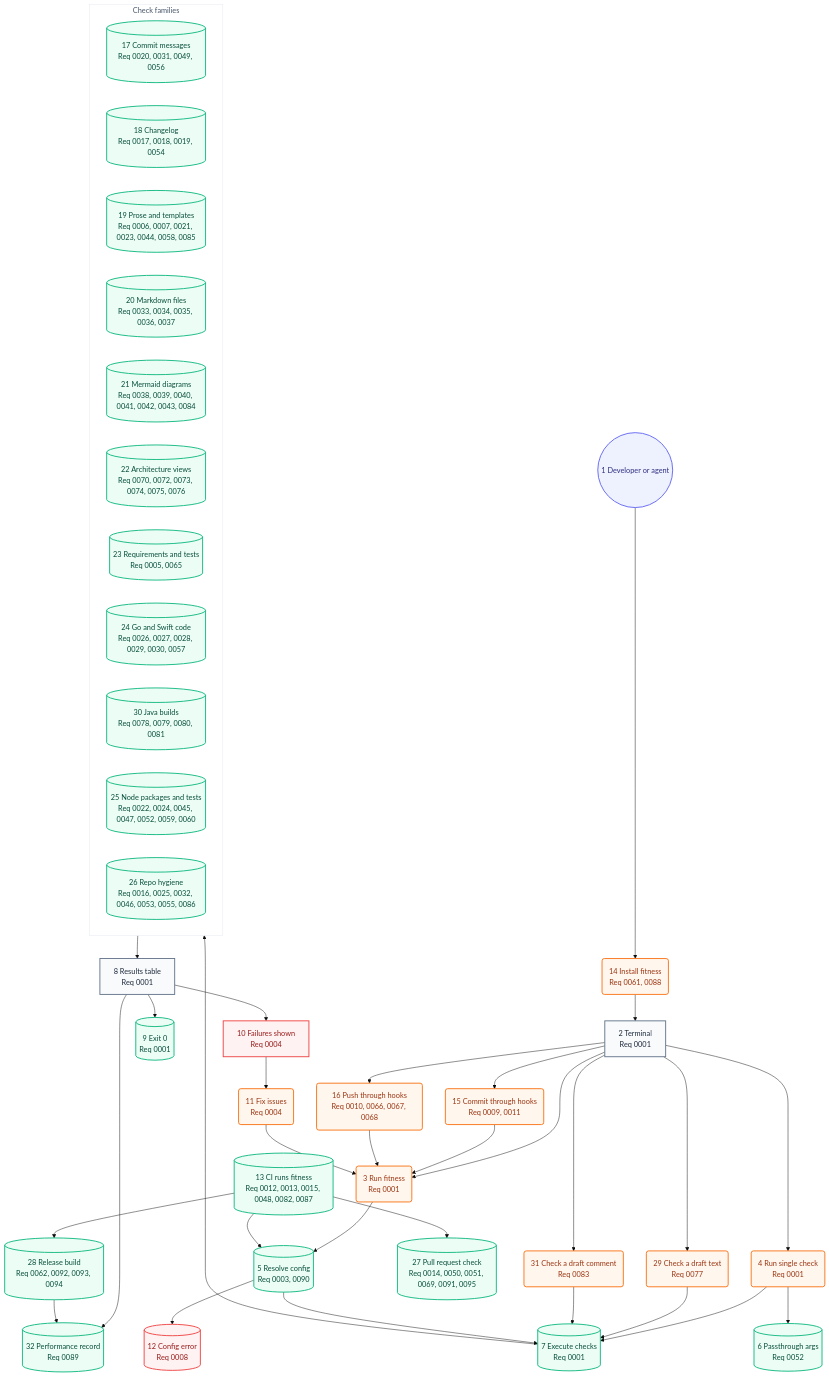
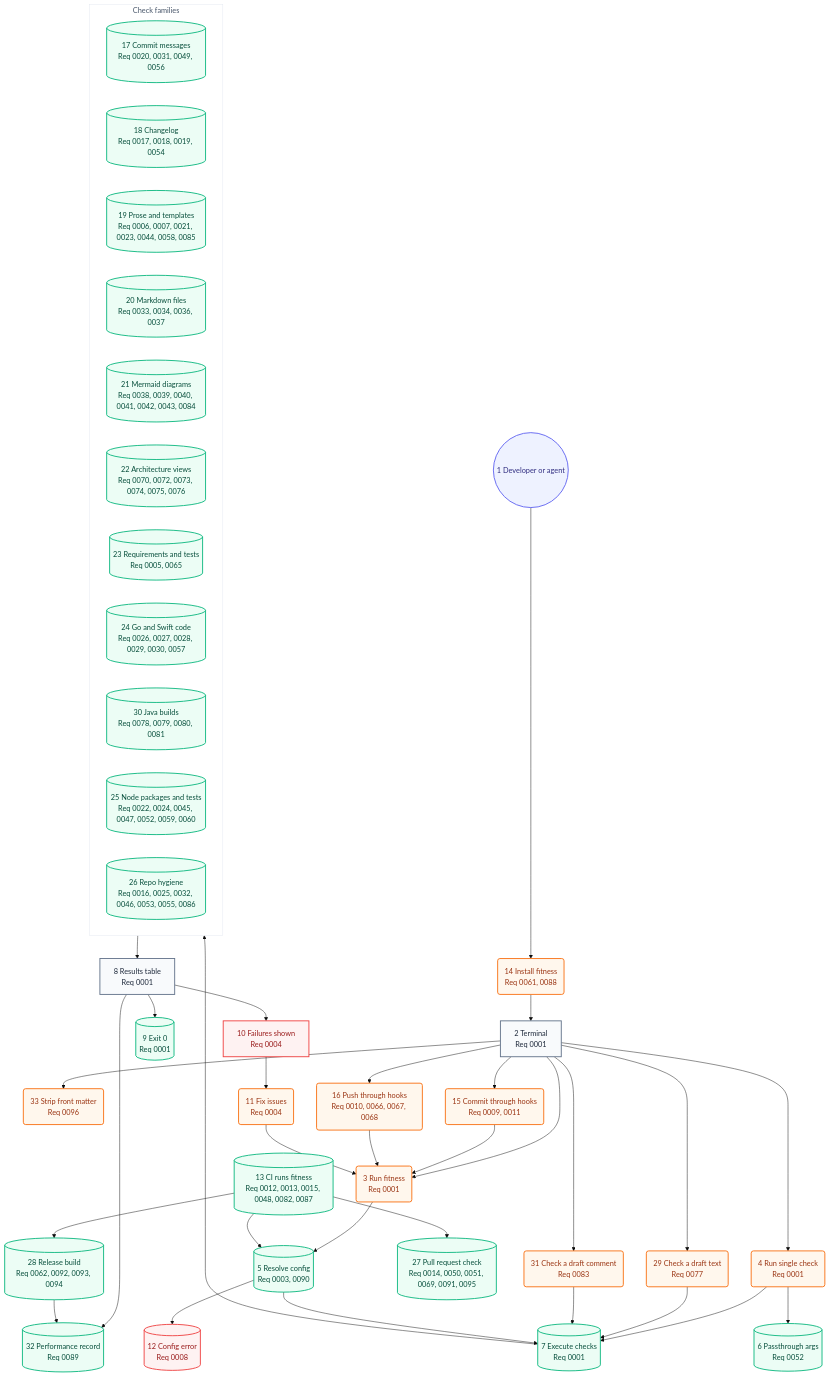
One commit to may-journal/fitness-runner changed the second of 2 diagrams in docs/architecture/05-user-journey.md. Above: the diagram before and after it, drawn with Mermaid (base theme). The commit also changed other lines of this file and 27 other files, not shown here.

First line of the commit message:
feat(front-matter): make front matter optional and add strip-front-matter

````diff
--- a/docs/architecture/05-user-journey.md
+++ b/docs/architecture/05-user-journey.md
@@ -40,76 +40,78 @@
 ```mermaid
 flowchart TB
     dev((1 Developer or agent)):::persona
     install(14 Install fitness<br/>Req 0061, 0088):::action
     terminal[2 Terminal<br/>Req 0001]:::screen
     runFull(3 Run fitness<br/>Req 0001):::action
     runSingle(4 Run single check<br/>Req 0001):::action
     runBlob(29 Check a draft text<br/>Req 0077):::action
     runComment(31 Check a draft comment<br/>Req 0083):::action
+    stripFront(33 Strip front matter<br/>Req 0096):::action
     commitHook(15 Commit through hooks<br/>Req 0009, 0011):::action
     pushHook(16 Push through hooks<br/>Req 0010, 0066, 0067, 0068):::action
     resolveConfig[(5 Resolve config<br/>Req 0003, 0090)]:::system
     passArgs[(6 Passthrough args<br/>Req 0052)]:::system
     executeChecks[(7 Execute checks<br/>Req 0001)]:::system
 
     subgraph checks["Check families"]
         commitChecks[(17 Commit messages<br/>Req 0020, 0031, 0049, 0056)]:::system
         changelogChecks[(18 Changelog<br/>Req 0017, 0018, 0019, 0054)]:::system
         proseChecks[(19 Prose and templates<br/>Req 0006, 0007, 0021, 0023, 0044, 0058, 0085)]:::system
-        markdownChecks[(20 Markdown files<br/>Req 0033, 0034, 0035, 0036, 0037)]:::system
+        markdownChecks[(20 Markdown files<br/>Req 0033, 0034, 0036, 0037)]:::system
         mermaidChecks[(21 Mermaid diagrams<br/>Req 0038, 0039, 0040, 0041, 0042, 0043, 0084)]:::system
         architectureChecks[(22 Architecture views<br/>Req 0070, 0072, 0073, 0074, 0075, 0076)]:::system
         requirementChecks[(23 Requirements and tests<br/>Req 0005, 0065)]:::system
         goSwiftChecks[(24 Go and Swift code<br/>Req 0026, 0027, 0028, 0029, 0030, 0057)]:::system
         javaChecks[(30 Java builds<br/>Req 0078, 0079, 0080, 0081)]:::system
         nodeChecks[(25 Node packages and tests<br/>Req 0022, 0024, 0045, 0047, 0052, 0059, 0060)]:::system
         repoChecks[(26 Repo hygiene<br/>Req 0016, 0025, 0032, 0046, 0053, 0055, 0086)]:::system
     end
 
     resultsTable[8 Results table<br/>Req 0001]:::screen
     exitZero[(9 Exit 0<br/>Req 0001)]:::system
     failuresShown[10 Failures shown<br/>Req 0004]:::blocked
     fixIssues(11 Fix issues<br/>Req 0004):::action
     configError[(12 Config error<br/>Req 0008)]:::blocked
     ciRun[(13 CI runs fitness<br/>Req 0012, 0013, 0015, 0048, 0082, 0087)]:::system
     prCheck[(27 Pull request check<br/>Req 0014, 0050, 0051, 0069, 0091, 0095)]:::system
     release[(28 Release build<br/>Req 0062, 0092, 0093, 0094)]:::system
     perfRecord[(32 Performance record<br/>Req 0089)]:::system
 
     dev --> install
     install --> terminal
     terminal --> runFull
     terminal --> runSingle
     terminal --> commitHook
     terminal --> pushHook
     terminal --> runBlob
     terminal --> runComment
+    terminal --> stripFront
     commitHook --> runFull
     pushHook --> runFull
     runFull --> resolveConfig
     runSingle --> executeChecks
     runSingle --> passArgs
     runBlob --> executeChecks
     runComment --> executeChecks
     resolveConfig --> executeChecks
     resolveConfig --> configError
     executeChecks --> checks
     checks --> resultsTable
     resultsTable --> exitZero
     resultsTable --> failuresShown
     failuresShown --> fixIssues
     fixIssues --> runFull
     ciRun --> resolveConfig
     ciRun --> prCheck
     ciRun --> release
     resultsTable --> perfRecord
     release --> perfRecord
 
     classDef persona fill:#eef2ff,stroke:#6366f1,color:#312e81,stroke-width:2px
     classDef screen fill:#f8fafc,stroke:#64748b,color:#1e293b,stroke-width:2px
     classDef action fill:#fff7ed,stroke:#f97316,color:#9a3412,stroke-width:2px
     classDef system fill:#ecfdf5,stroke:#10b981,color:#064e3b,stroke-width:2px
     classDef blocked fill:#fef2f2,stroke:#ef4444,color:#991b1b,stroke-width:2px
 
     style checks fill:#ffffff,stroke:#e2e8f0,color:#475569,stroke-width:1px
 ```
````
